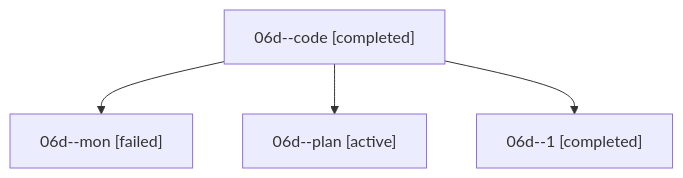
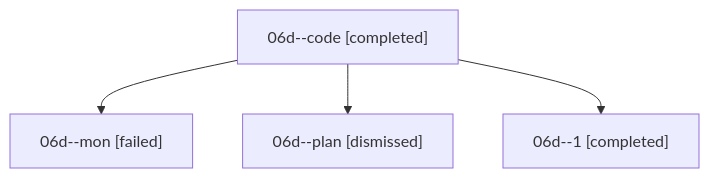
The diagram in sessions/bbugyi200.athena.06d.md (sase-org/sase--agents), drawn with Mermaid before and after one commit. The commit also changed other lines of this file and 32 other files, not shown here.

````diff
--- a/sessions/bbugyi200.athena.06d.md
+++ b/sessions/bbugyi200.athena.06d.md
@@ -9,10 +9,10 @@
 ```mermaid
 flowchart TD
   n0["06d--code [completed]"]
   n1["06d--mon [failed]"]
   n0 --> n1
-  n2["06d--plan [active]"]
+  n2["06d--plan [dismissed]"]
   n0 --> n2
   n3["06d--1 [completed]"]
   n0 --> n3
 ```
````
